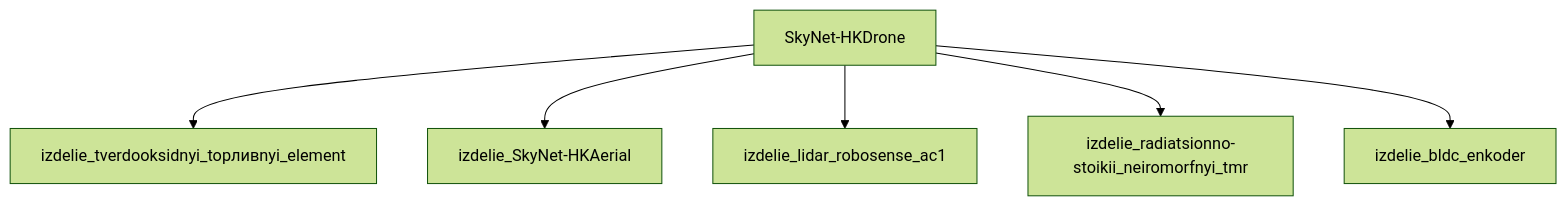
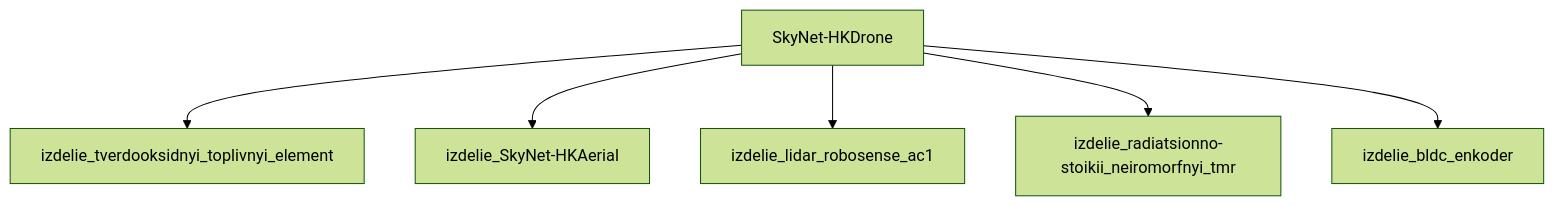
One commit to a-m-e-n-t-e-t/SkyNet changed the diagram in результаты/модели/hk_drone/фантастическая реализация/_index.md. Above: the diagram before and after it, drawn with Mermaid (forest theme). The commit also changed other lines of this file and 53 other files, not shown here.

````diff
--- a/результаты/модели/hk_drone/фантастическая реализация/_index.md
+++ b/результаты/модели/hk_drone/фантастическая реализация/_index.md
@@ -158,14 +111,14 @@
 ```mermaid
 graph TD
     SkyNet_HKDrone["SkyNet-HKDrone"]
-    izdelie_tverdooksidnyi_top___nyi_element["izdelie_tverdooksidnyi_topливnyi_element"]
-    SkyNet_HKDrone --> izdelie_tverdooksidnyi_top___nyi_element
+    izdelie_tverdooksidnyi_toplivnyi_element["izdelie_tverdooksidnyi_toplivnyi_element"]
+    SkyNet_HKDrone --> izdelie_tverdooksidnyi_toplivnyi_element
     izdelie_SkyNet_HKAerial["izdelie_SkyNet-HKAerial"]
     SkyNet_HKDrone --> izdelie_SkyNet_HKAerial
     izdelie_lidar_robosense_ac1["izdelie_lidar_robosense_ac1"]
     SkyNet_HKDrone --> izdelie_lidar_robosense_ac1
     izdelie_radiatsionno_stoikii_neiromorfnyi_tmr["izdelie_radiatsionno-stoikii_neiromorfnyi_tmr"]
     SkyNet_HKDrone --> izdelie_radiatsionno_stoikii_neiromorfnyi_tmr
     izdelie_bldc_enkoder["izdelie_bldc_enkoder"]
     SkyNet_HKDrone --> izdelie_bldc_enkoder
 ```
````
